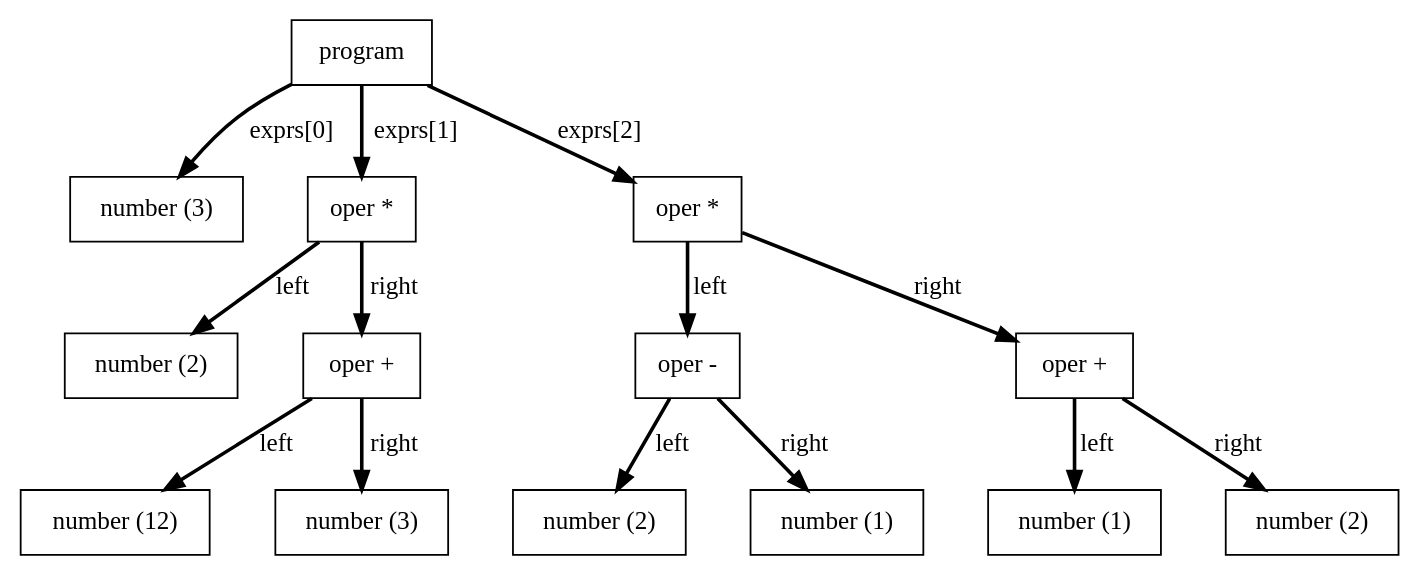
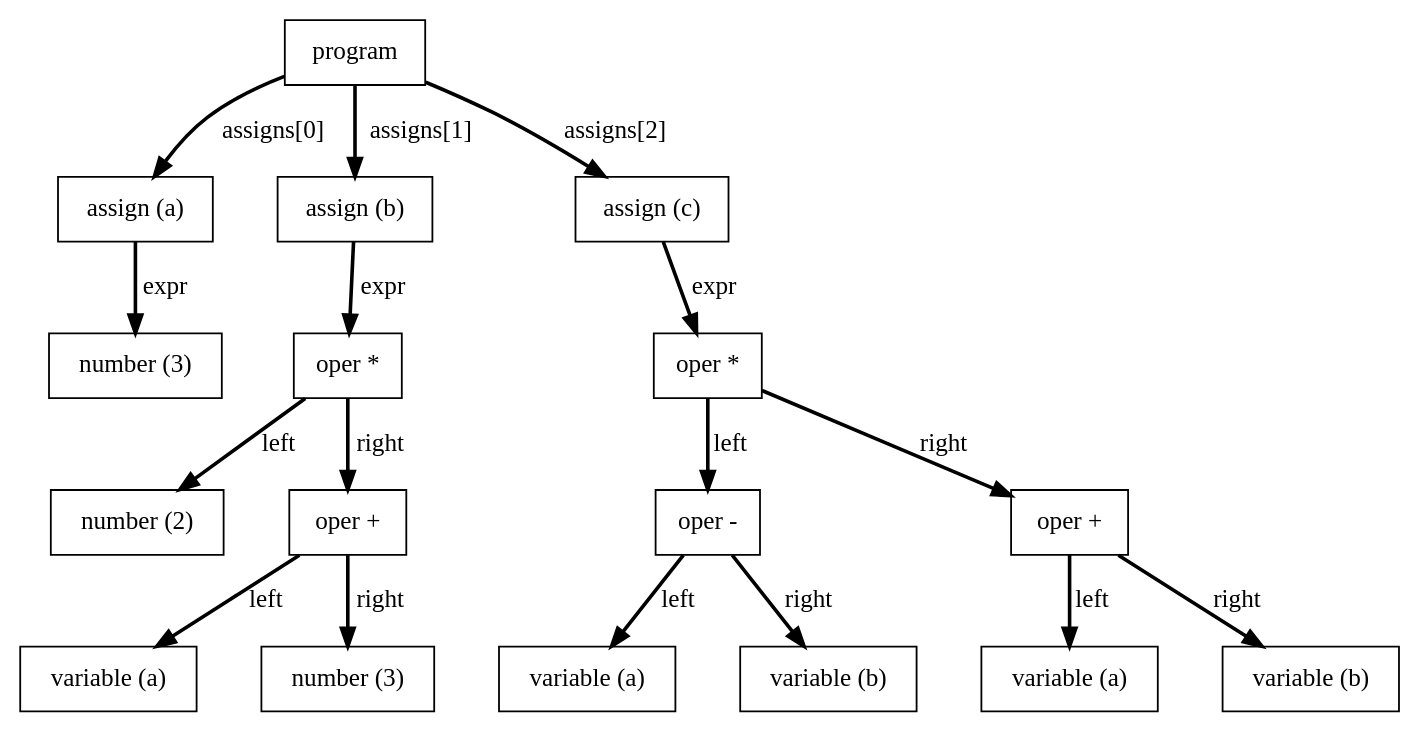
One commit to saurtm12/SpreadSheet_compiler changed the diagram in simple-expression-example/test-g2.dot. Above: the diagram before and after it, drawn with Graphviz. The commit also changed 11 other files, not shown here.

```diff
--- a/simple-expression-example/test-g2.dot
+++ b/simple-expression-example/test-g2.dot
@@ -1,36 +1,42 @@
 digraph parsetree {
     ratio=fill
     node [shape="box"]
     edge [style=bold]
     ranksep=equally
     nodesep=0.5
     rankdir = TB
     clusterrank = local
 N0 [label="program"]
-N1 [label="number (3)"]
-N0->N1 [label="exprs[0]"]
-N2 [label="oper *"]
-N3 [label="number (2)"]
-N2->N3 [label="left"]
-N4 [label="oper +"]
-N5 [label="number (12)"]
+N1 [label="assign (a)"]
+N2 [label="number (3)"]
+N1->N2 [label="expr"]
+N0->N1 [label="assigns[0]"]
+N3 [label="assign (b)"]
+N4 [label="oper *"]
+N5 [label="number (2)"]
 N4->N5 [label="left"]
-N6 [label="number (3)"]
+N6 [label="oper +"]
+N7 [label="variable (a)"]
+N6->N7 [label="left"]
+N8 [label="number (3)"]
+N6->N8 [label="right"]
 N4->N6 [label="right"]
-N2->N4 [label="right"]
-N0->N2 [label="exprs[1]"]
-N7 [label="oper *"]
-N8 [label="oper -"]
-N9 [label="number (2)"]
-N8->N9 [label="left"]
-N10 [label="number (1)"]
-N8->N10 [label="right"]
-N7->N8 [label="left"]
-N11 [label="oper +"]
-N12 [label="number (1)"]
+N3->N4 [label="expr"]
+N0->N3 [label="assigns[1]"]
+N9 [label="assign (c)"]
+N10 [label="oper *"]
+N11 [label="oper -"]
+N12 [label="variable (a)"]
 N11->N12 [label="left"]
-N13 [label="number (2)"]
+N13 [label="variable (b)"]
 N11->N13 [label="right"]
-N7->N11 [label="right"]
-N0->N7 [label="exprs[2]"]
+N10->N11 [label="left"]
+N14 [label="oper +"]
+N15 [label="variable (a)"]
+N14->N15 [label="left"]
+N16 [label="variable (b)"]
+N14->N16 [label="right"]
+N10->N14 [label="right"]
+N9->N10 [label="expr"]
+N0->N9 [label="assigns[2]"]
 }
```
